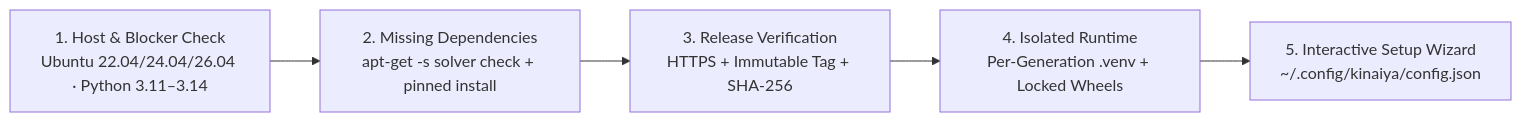
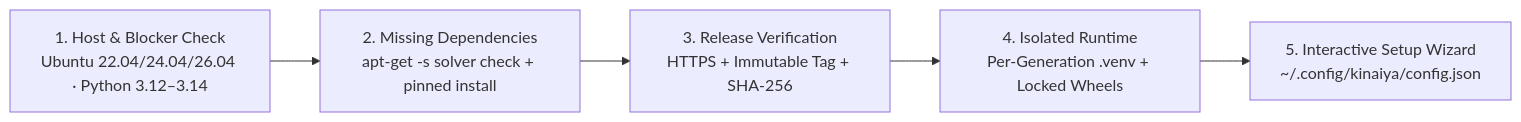
The second of 3 diagrams in README.md (rgoza1996/Kinaiya), drawn with Mermaid before and after one commit. The commit also changed other lines of this file and 19 other files, not shown here.

````diff
--- a/README.md
+++ b/README.md
@@ -120,7 +120,7 @@
 ```mermaid
 flowchart LR
-    A["1. Host & Blocker Check<br/>Ubuntu 22.04/24.04/26.04 · Python 3.11–3.14"] --> B["2. Missing Dependencies<br/>apt-get -s solver check + pinned install"]
+    A["1. Host & Blocker Check<br/>Ubuntu 22.04/24.04/26.04 · Python 3.12–3.14"] --> B["2. Missing Dependencies<br/>apt-get -s solver check + pinned install"]
     B --> C["3. Release Verification<br/>HTTPS + Immutable Tag + SHA-256"]
     C --> D["4. Isolated Runtime<br/>Per-Generation .venv + Locked Wheels"]
     D --> E["5. Interactive Setup Wizard<br/>~/.config/kinaiya/config.json"]
 ```
````
